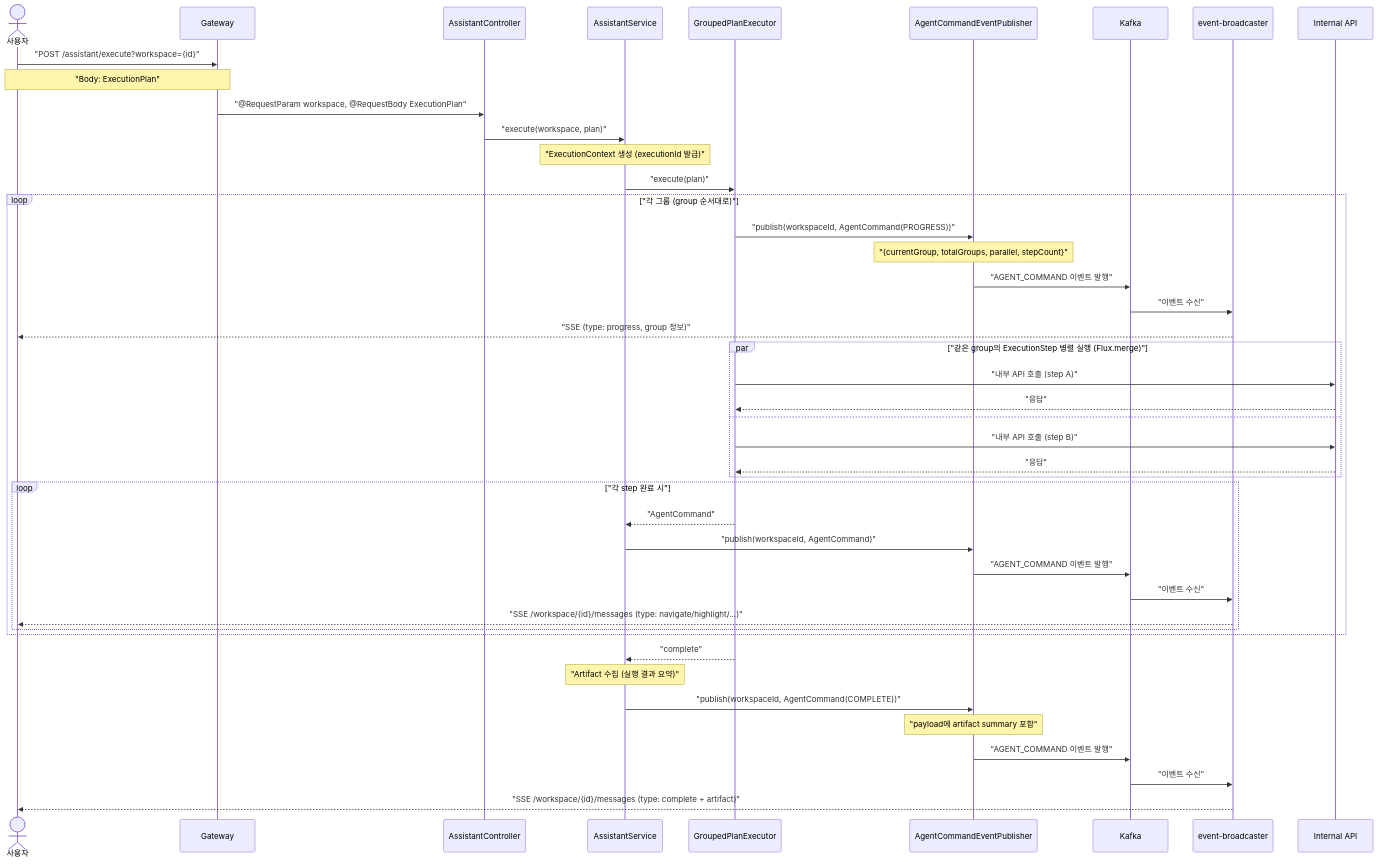
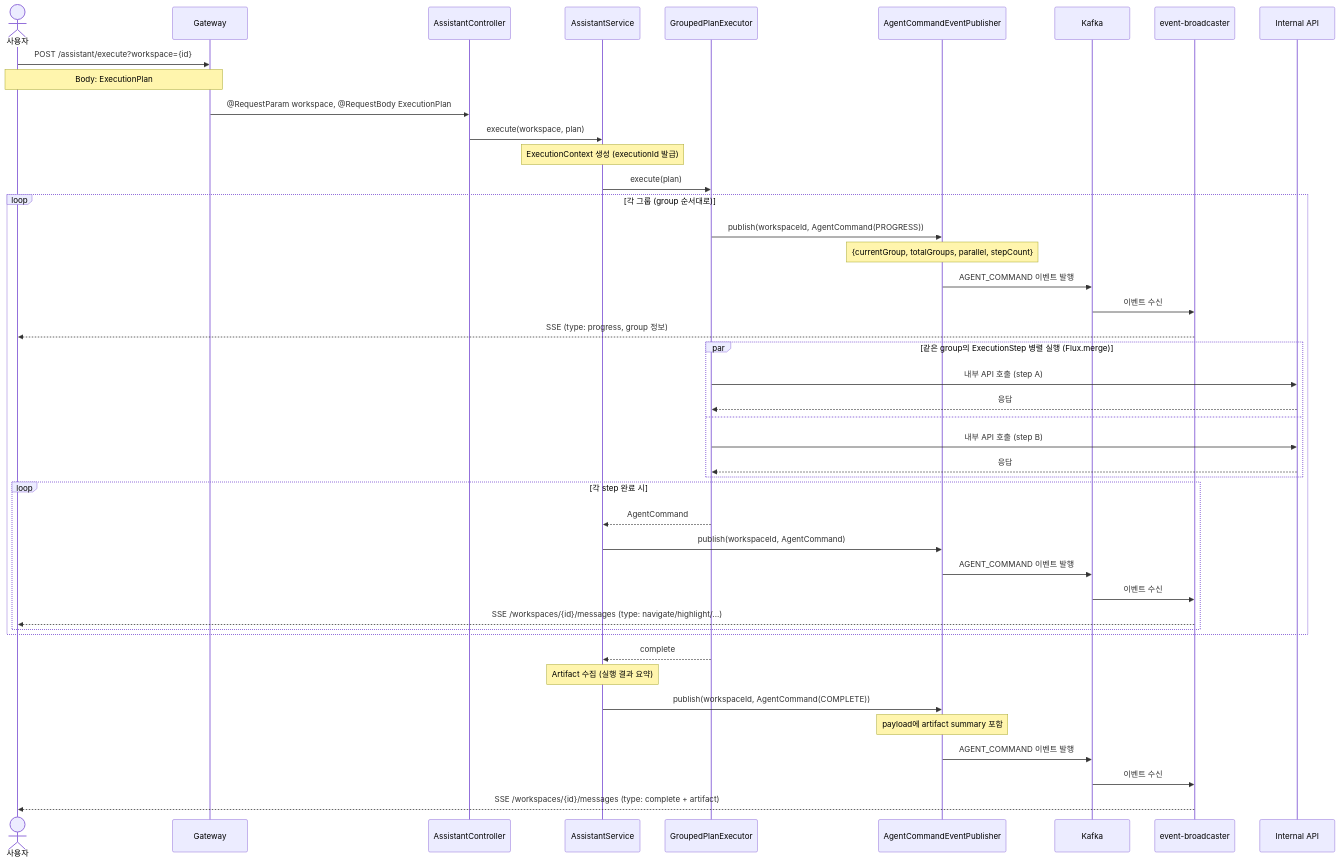
One commit to sayaya1090/handbook changed the third of 13 diagrams in assistant/USECASE.md. Above: the diagram before and after it, drawn with Mermaid. The commit also changed other lines of this file and 58 other files, not shown here.

````diff
--- a/assistant/USECASE.md
+++ b/assistant/USECASE.md
@@ -63,51 +63,51 @@
 ```mermaid
 sequenceDiagram
     actor User as 사용자
     participant GW as Gateway
     participant Ctrl as AssistantController
     participant Svc as AssistantService
     participant Exec as GroupedPlanExecutor
     participant Pub as AgentCommandEventPublisher
     participant K as Kafka
     participant EB as event-broadcaster
     participant API as Internal API
 
-    User->>GW: "POST /assistant/execute?workspace={id}"
-    Note over User,GW: "Body: ExecutionPlan"
-    GW->>Ctrl: "@RequestParam workspace, @RequestBody ExecutionPlan"
-    Ctrl->>Svc: "execute(workspace, plan)"
-    Note over Svc: "ExecutionContext 생성 (executionId 발급)"
-    Svc->>Exec: "execute(plan)"
+    User->>GW: POST /assistant/execute?workspace={id}
+    Note over User,GW: Body: ExecutionPlan
+    GW->>Ctrl: @RequestParam workspace, @RequestBody ExecutionPlan
+    Ctrl->>Svc: execute(workspace, plan)
+    Note over Svc: ExecutionContext 생성 (executionId 발급)
+    Svc->>Exec: execute(plan)
 
-    loop "각 그룹 (group 순서대로)"
-        Exec->>Pub: "publish(workspaceId, AgentCommand(PROGRESS))"
-        Note over Pub: "{currentGroup, totalGroups, parallel, stepCount}"
-        Pub->>K: "AGENT_COMMAND 이벤트 발행"
-        K->>EB: "이벤트 수신"
-        EB-->>User: "SSE (type: progress, group 정보)"
+    loop 각 그룹 (group 순서대로)
+        Exec->>Pub: publish(workspaceId, AgentCommand(PROGRESS))
+        Note over Pub: {currentGroup, totalGroups, parallel, stepCount}
+        Pub->>K: AGENT_COMMAND 이벤트 발행
+        K->>EB: 이벤트 수신
+        EB-->>User: SSE (type: progress, group 정보)
 
-        par "같은 group의 ExecutionStep 병렬 실행 (Flux.merge)"
-            Exec->>API: "내부 API 호출 (step A)"
-            API-->>Exec: "응답"
+        par 같은 group의 ExecutionStep 병렬 실행 (Flux.merge)
+            Exec->>API: 내부 API 호출 (step A)
+            API-->>Exec: 응답
         and
-            Exec->>API: "내부 API 호출 (step B)"
-            API-->>Exec: "응답"
+            Exec->>API: 내부 API 호출 (step B)
+            API-->>Exec: 응답
         end
 
-        loop "각 step 완료 시"
-            Exec-->>Svc: "AgentCommand"
-            Svc->>Pub: "publish(workspaceId, AgentCommand)"
-            Pub->>K: "AGENT_COMMAND 이벤트 발행"
-            K->>EB: "이벤트 수신"
-            EB-->>User: "SSE /workspace/{id}/messages (type: navigate/highlight/...)"
+        loop 각 step 완료 시
+            Exec-->>Svc: AgentCommand
+            Svc->>Pub: publish(workspaceId, AgentCommand)
+            Pub->>K: AGENT_COMMAND 이벤트 발행
+            K->>EB: 이벤트 수신
+            EB-->>User: SSE /workspaces/{id}/messages (type: navigate/highlight/...)
         end
     end
 
-    Exec-->>Svc: "complete"
-    Note over Svc: "Artifact 수집 (실행 결과 요약)"
-    Svc->>Pub: "publish(workspaceId, AgentCommand(COMPLETE))"
-    Note over Pub: "payload에 artifact summary 포함"
-    Pub->>K: "AGENT_COMMAND 이벤트 발행"
-    K->>EB: "이벤트 수신"
-    EB-->>User: "SSE /workspace/{id}/messages (type: complete + artifact)"
+    Exec-->>Svc: complete
+    Note over Svc: Artifact 수집 (실행 결과 요약)
+    Svc->>Pub: publish(workspaceId, AgentCommand(COMPLETE))
+    Note over Pub: payload에 artifact summary 포함
+    Pub->>K: AGENT_COMMAND 이벤트 발행
+    K->>EB: 이벤트 수신
+    EB-->>User: SSE /workspaces/{id}/messages (type: complete + artifact)
 ```
````
